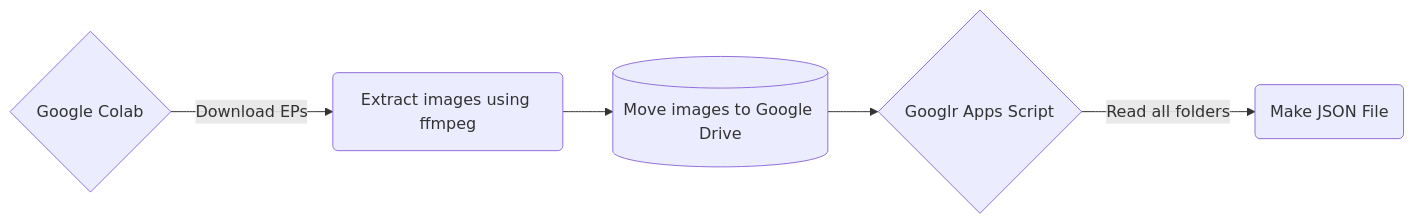
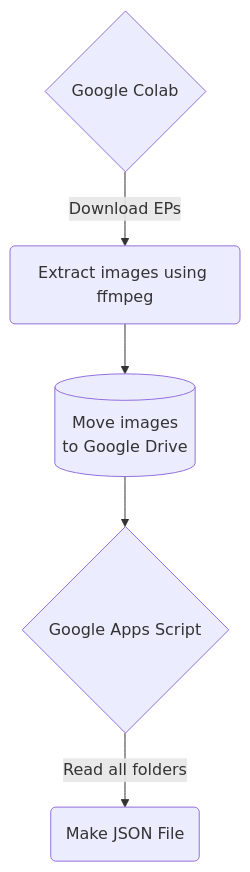
Before and after one commit to x7md-lab/tsurekano-api: the diagram in README.md, drawn with Mermaid.

````diff
--- a/README.md
+++ b/README.md
@@ -6,6 +6,6 @@
 ```mermaid
-graph LR
+flowchart TD
     A{Google Colab} -- Download EPs --> B(Extract images using ffmpeg)
-    B --> C[(Move images to Google Drive)]
-    C --> D{Googlr Apps Script} -- Read all folders --> E(Make JSON File)
+    B --> C[(Move images <br> to Google Drive)]
+    C --> D{Google Apps Script} -- Read all folders --> E(Make JSON File)
 ```
````
